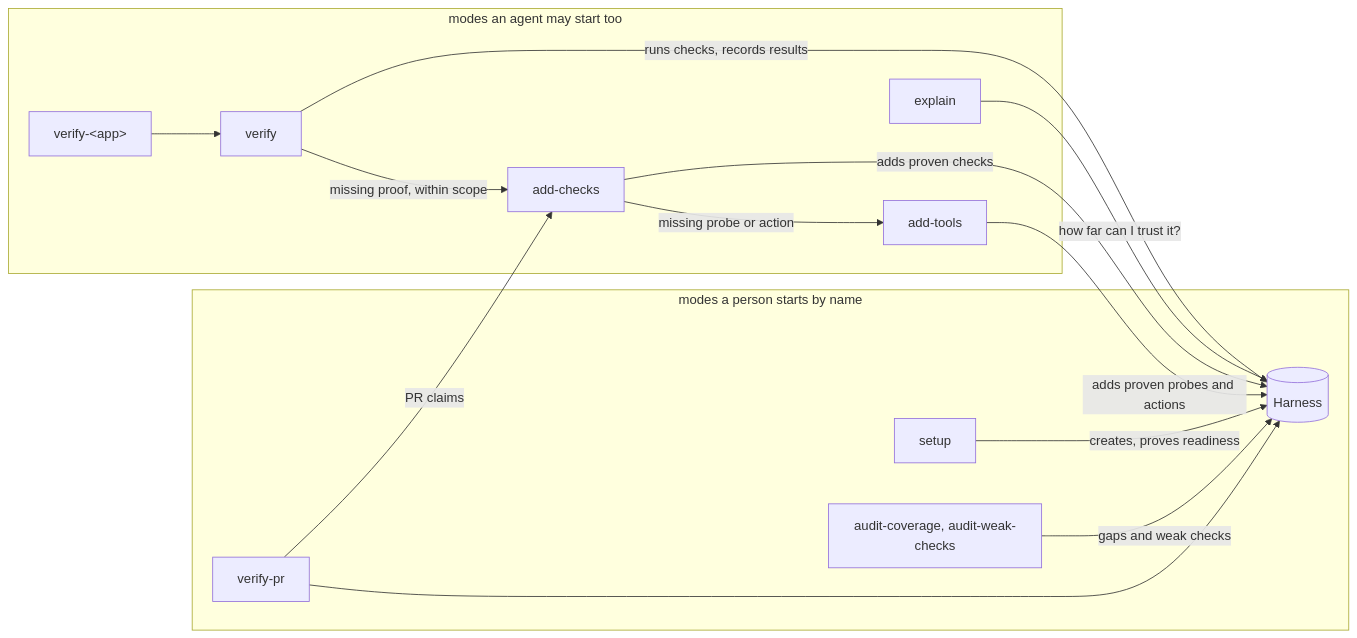
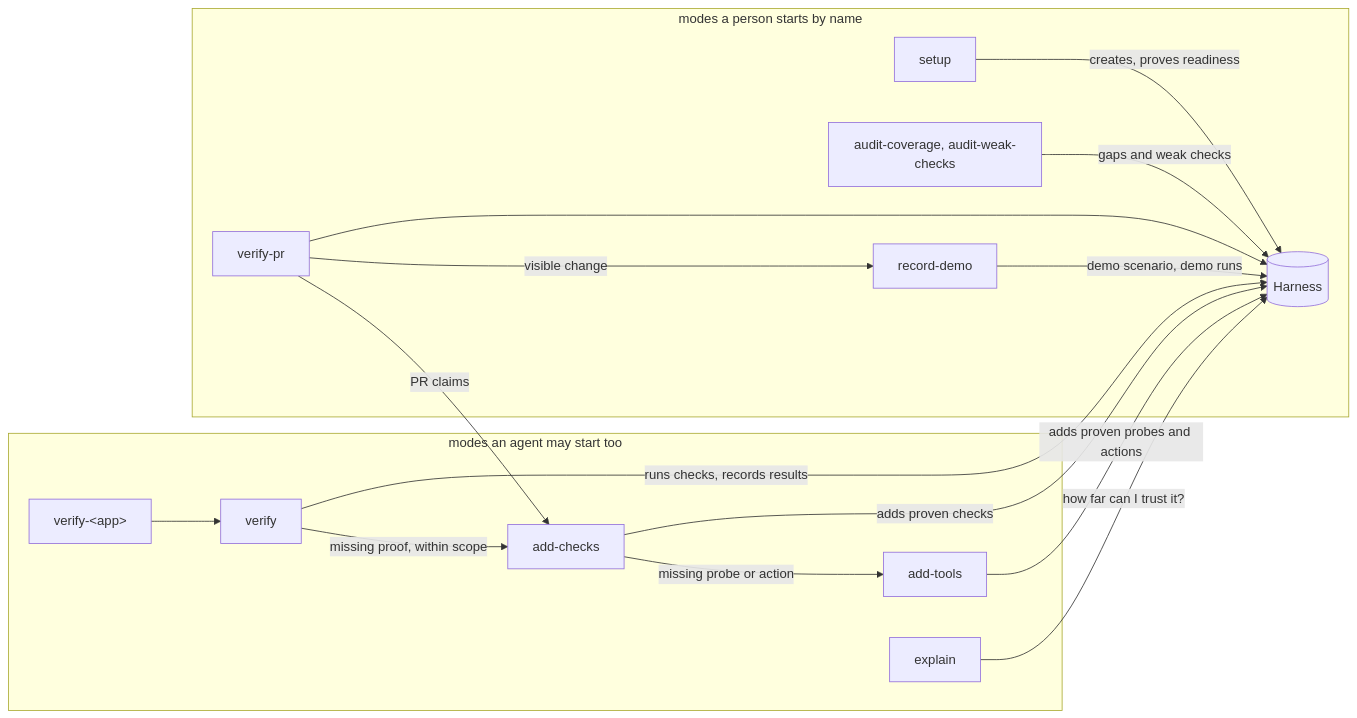
The second of 2 diagrams in docs/architecture.md (kennymatsudo/verification-framework), drawn with Mermaid before and after one commit. The commit also changed other lines of this file and 44 other files, not shown here.

````diff
--- a/docs/architecture.md
+++ b/docs/architecture.md
@@ -61,19 +62,21 @@
 ```mermaid
 flowchart LR
   subgraph person[modes a person starts by name]
     setup[setup] -->|creates, proves readiness| H[(Harness)]
     audit[audit-coverage, audit-weak-checks] -->|gaps and weak checks| H
     pr[verify-pr] --> H
+    demo[record-demo] -->|demo scenario, demo runs| H
   end
   subgraph agent[modes an agent may start too]
     app[verify-&lt;app&gt;] --> verify[verify]
     verify -->|missing proof, within scope| build[add-checks]
     build -->|missing probe or action| tools[add-tools]
     explain[explain]
   end
   verify -->|runs checks, records results| H
   build -->|adds proven checks| H
   tools -->|adds proven probes and actions| H
   pr -->|PR claims| build
+  pr -->|visible change| demo
   explain -->|how far can I trust it?| H
 ```
````
